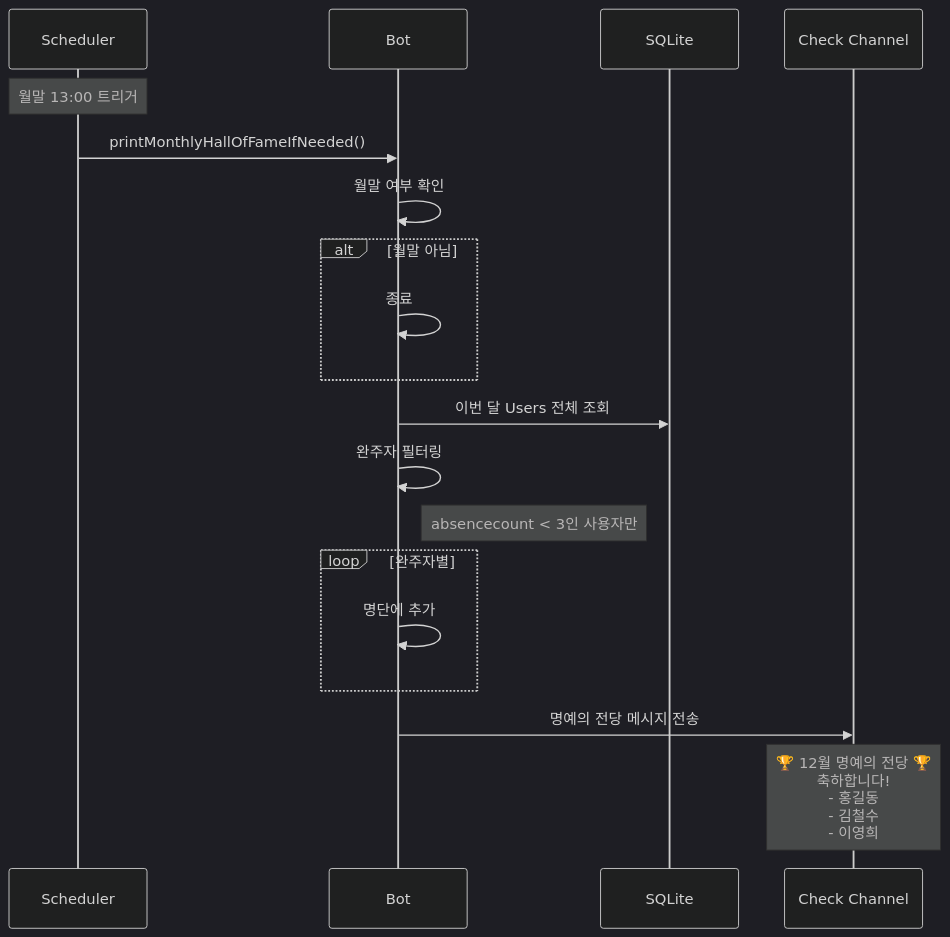
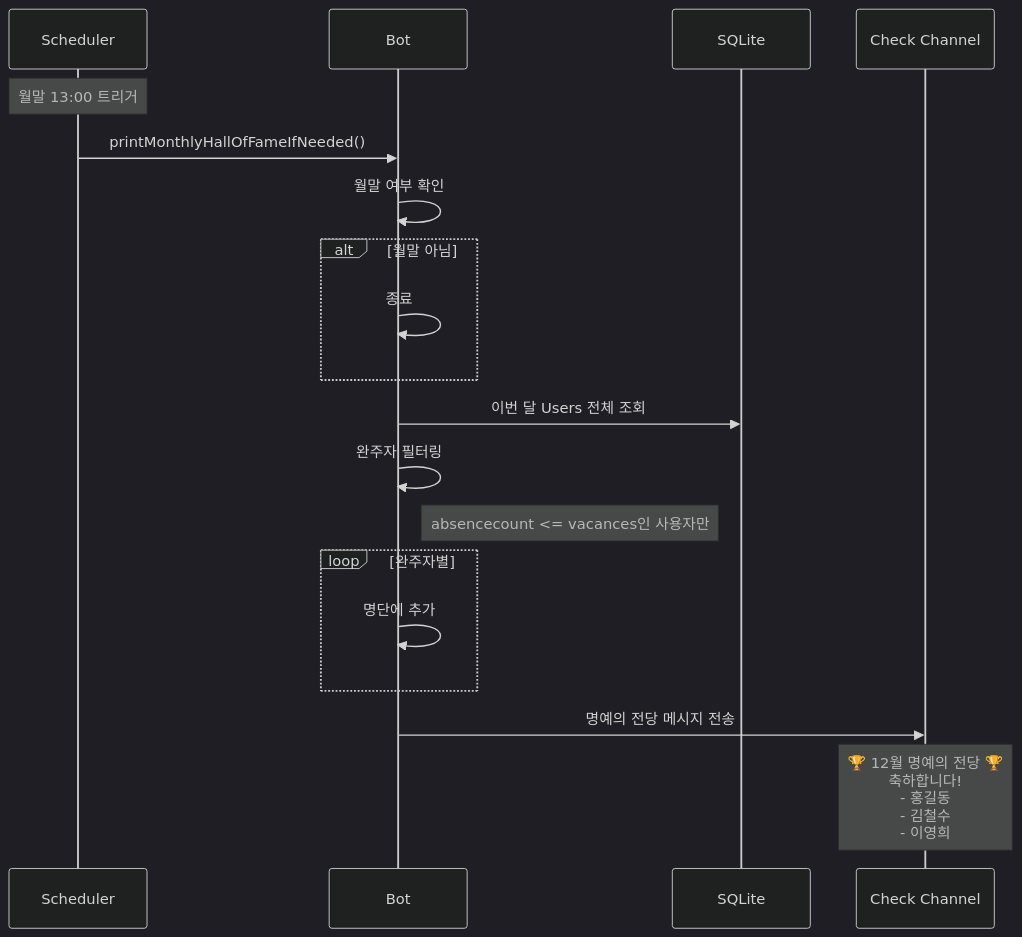
Before and after one commit to honki12345/haruharu-discord-bot: the sixth of 13 diagrams in docs/USER_STORIES.md, drawn with Mermaid (dark theme). The commit also changed other lines of this file and 15 other files, not shown here.

````diff
--- a/docs/USER_STORIES.md
+++ b/docs/USER_STORIES.md
@@ -288,27 +297,27 @@
 ```mermaid
 sequenceDiagram
     participant S as Scheduler
     participant B as Bot
     participant DB as SQLite
     participant C as Check Channel
 
     Note over S: 월말 13:00 트리거
     S->>B: printMonthlyHallOfFameIfNeeded()
 
     B->>B: 월말 여부 확인
     alt 월말 아님
         B->>B: 종료
     end
 
     B->>DB: 이번 달 Users 전체 조회
 
     B->>B: 완주자 필터링
-    Note right of B: absencecount < 3인 사용자만
+    Note right of B: absencecount <= vacances인 사용자만
 
     loop 완주자별
         B->>B: 명단에 추가
     end
 
     B->>C: 명예의 전당 메시지 전송
     Note over C: 🏆 12월 명예의 전당 🏆<br/>축하합니다!<br/>- 홍길동<br/>- 김철수<br/>- 이영희
 ```
````
